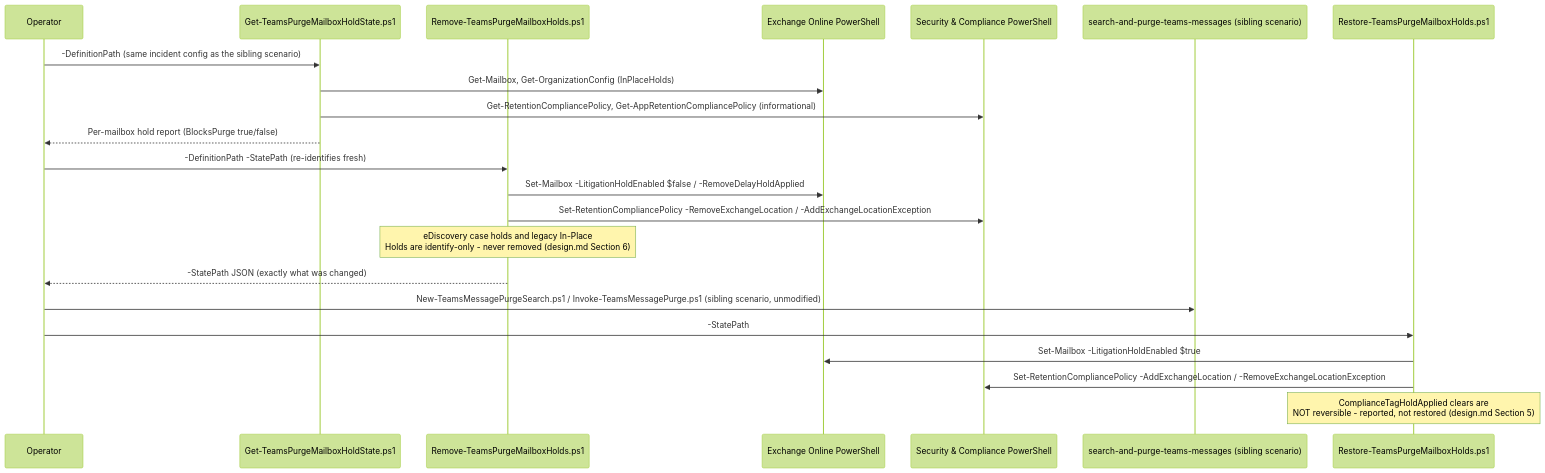
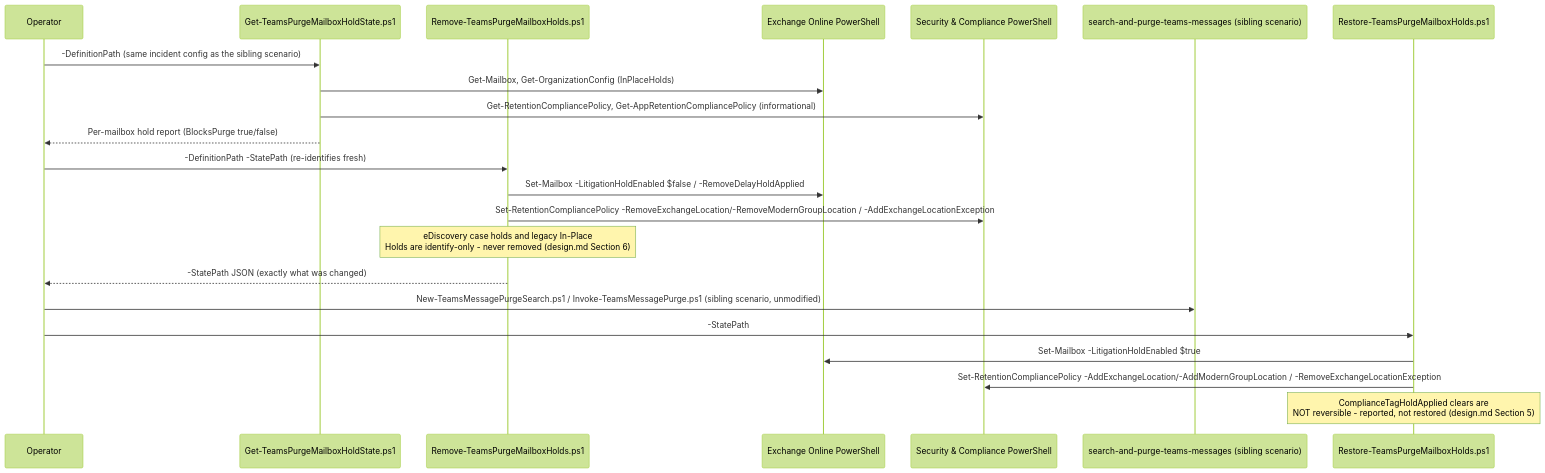
One commit to kpsec1/purview-scenario-library changed the diagram in scenarios/ediscovery/teams-purge-hold-lifecycle-management/README.md. Above: the diagram before and after it, drawn with Mermaid (forest theme). The commit also changed other lines of this file and 7 other files, not shown here.

````diff
--- a/scenarios/ediscovery/teams-purge-hold-lifecycle-management/README.md
+++ b/scenarios/ediscovery/teams-purge-hold-lifecycle-management/README.md
@@ -50,28 +50,28 @@
 ```mermaid
 sequenceDiagram
     participant Op as Operator
     participant Get as Get-TeamsPurgeMailboxHoldState.ps1
     participant Remove as Remove-TeamsPurgeMailboxHolds.ps1
     participant EXO as Exchange Online PowerShell
     participant SCC as Security & Compliance PowerShell
     participant Purge as search-and-purge-teams-messages (sibling scenario)
     participant Restore as Restore-TeamsPurgeMailboxHolds.ps1
 
     Op->>Get: -DefinitionPath (same incident config as the sibling scenario)
     Get->>EXO: Get-Mailbox, Get-OrganizationConfig (InPlaceHolds)
     Get->>SCC: Get-RetentionCompliancePolicy, Get-AppRetentionCompliancePolicy (informational)
     Get-->>Op: Per-mailbox hold report (BlocksPurge true/false)
 
     Op->>Remove: -DefinitionPath -StatePath (re-identifies fresh)
     Remove->>EXO: Set-Mailbox -LitigationHoldEnabled $false / -RemoveDelayHoldApplied
-    Remove->>SCC: Set-RetentionCompliancePolicy -RemoveExchangeLocation / -AddExchangeLocationException
+    Remove->>SCC: Set-RetentionCompliancePolicy -RemoveExchangeLocation/-RemoveModernGroupLocation / -AddExchangeLocationException
     Note over Remove: eDiscovery case holds and legacy In-Place<br/>Holds are identify-only - never removed (design.md Section 6)
     Remove-->>Op: -StatePath JSON (exactly what was changed)
 
     Op->>Purge: New-TeamsMessagePurgeSearch.ps1 / Invoke-TeamsMessagePurge.ps1 (sibling scenario, unmodified)
 
     Op->>Restore: -StatePath
     Restore->>EXO: Set-Mailbox -LitigationHoldEnabled $true
-    Restore->>SCC: Set-RetentionCompliancePolicy -AddExchangeLocation / -RemoveExchangeLocationException
+    Restore->>SCC: Set-RetentionCompliancePolicy -AddExchangeLocation/-AddModernGroupLocation / -RemoveExchangeLocationException
     Note over Restore: ComplianceTagHoldApplied clears are<br/>NOT reversible - reported, not restored (design.md Section 5)
 ```
````
